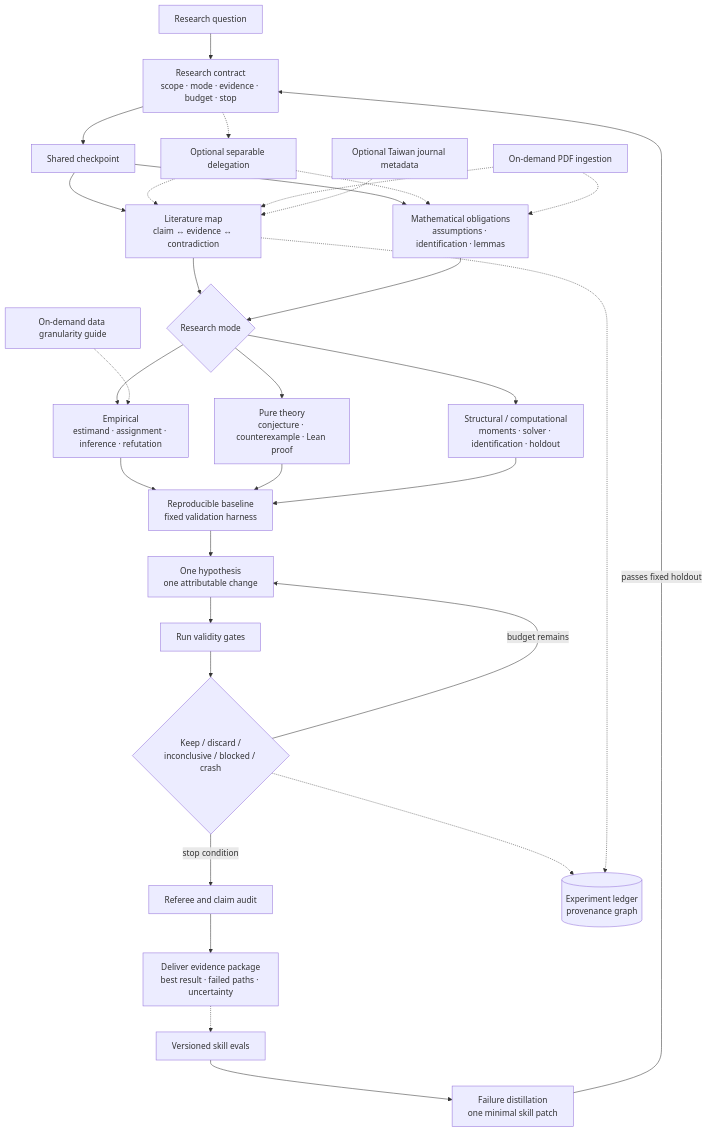
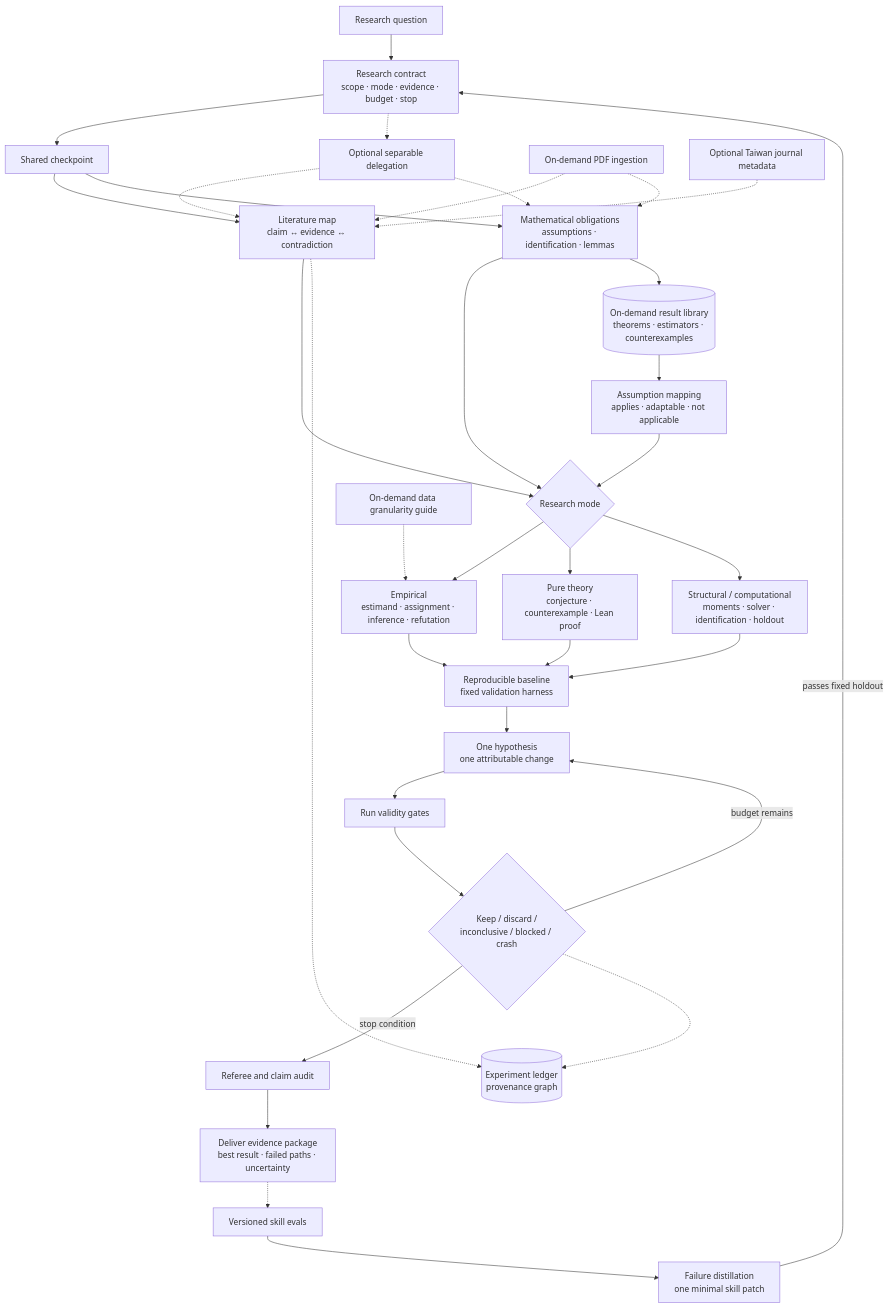
Before and after one commit to Tohskcid/econ-research-lab: the diagram in README.md, drawn with Mermaid. The commit also changed other lines of this file and 25 other files, not shown here.

Commit message:
Add token-efficient research result library

````diff
--- a/README.md
+++ b/README.md
@@ -17,37 +17,40 @@
 ```mermaid
 flowchart TD
     Q[Research question] --> C[Research contract<br/>scope · mode · evidence · budget · stop]
     C --> S[Shared checkpoint]
     C -.-> O[Optional separable delegation]
     S --> L[Literature map<br/>claim ↔ evidence ↔ contradiction]
     S --> M[Mathematical obligations<br/>assumptions · identification · lemmas]
     O -.-> L
     O -.-> M
     L --> R{Research mode}
     M --> R
+    M --> LIB[(On-demand result library<br/>theorems · estimators · counterexamples)]
+    LIB --> MAP[Assumption mapping<br/>applies · adaptable · not applicable]
+    MAP --> R
 
     R --> E[Empirical<br/>estimand · assignment · inference · refutation]
     R --> T[Pure theory<br/>conjecture · counterexample · Lean proof]
     R --> X[Structural / computational<br/>moments · solver · identification · holdout]
 
     PDF[On-demand PDF ingestion] -.-> L
     PDF -.-> M
     GRAN[On-demand data granularity guide] -.-> E
     JR[Optional Taiwan journal metadata] -.-> L
 
     E --> B[Reproducible baseline<br/>fixed validation harness]
     T --> B
     X --> B
     B --> H[One hypothesis<br/>one attributable change]
     H --> V[Run validity gates]
     V --> K{Keep / discard /<br/>inconclusive / blocked / crash}
     K -->|budget remains| H
     K -->|stop condition| A[Referee and claim audit]
     A --> D[Deliver evidence package<br/>best result · failed paths · uncertainty]
 
     K -.-> P[(Experiment ledger<br/>provenance graph)]
     L -.-> P
     D -.-> EV[Versioned skill evals]
     EV --> SE[Failure distillation<br/>one minimal skill patch]
     SE -->|passes fixed holdout| C
 ```
````
